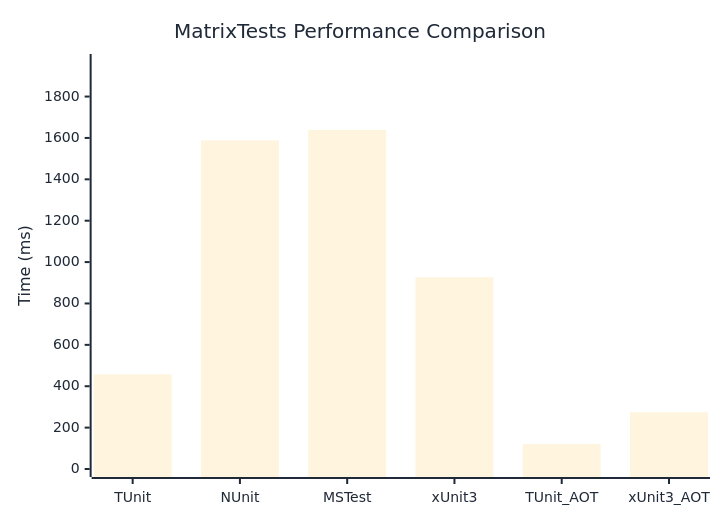
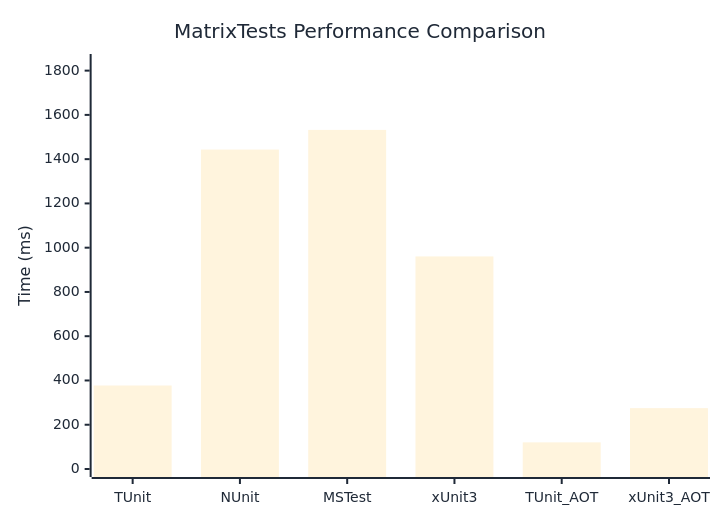
Before and after one commit to thomhurst/TUnit: the diagram in docs/docs/benchmarks/engine/MatrixTests.md, drawn with Mermaid. The commit also changed other lines of this file and 18 other files, not shown here.

````diff
--- a/docs/docs/benchmarks/engine/MatrixTests.md
+++ b/docs/docs/benchmarks/engine/MatrixTests.md
@@ -30,37 +30,37 @@
 ```mermaid
 %%{init: {
   'theme':'base',
   'themeVariables': {
     'primaryColor': '#2563eb',
     'primaryTextColor': '#1f2937',
     'primaryBorderColor': '#1e40af',
     'lineColor': '#6b7280',
     'secondaryColor': '#7c3aed',
     'tertiaryColor': '#dc2626',
     'background': '#ffffff',
     'mainBkg': '#2563eb',
     'secondBkg': '#7c3aed',
     'tertiaryBkg': '#dc2626',
     'clusterBkg': '#f3f4f6',
     'edgeLabelBackground': '#ffffff',
     'tertiaryTextColor': '#1f2937',
     'pie1': '#2563eb',
     'pie2': '#7c3aed',
     'pie3': '#dc2626',
     'pie4': '#f59e0b',
     'pie5': '#10b981',
     'pie6': '#06b6d4',
     'pie7': '#ec4899',
     'pie8': '#6366f1',
     'pie9': '#84cc16',
     'pie10': '#f97316',
     'pie11': '#14b8a6',
     'pie12': '#a855f7'
   }
 }}%%
 xychart-beta
   title "MatrixTests Performance Comparison"
   x-axis ["TUnit", "NUnit", "MSTest", "xUnit3", "TUnit_AOT", "xUnit3_AOT"]
-  y-axis "Time (ms)" 0 --> 1967
-  bar [457.6, 1588.2, 1638.5, 926.6, 120, 274.5]
+  y-axis "Time (ms)" 0 --> 1839
+  bar [377.3, 1443.4, 1532.2, 960.5, 120.4, 275]
 ```
````
